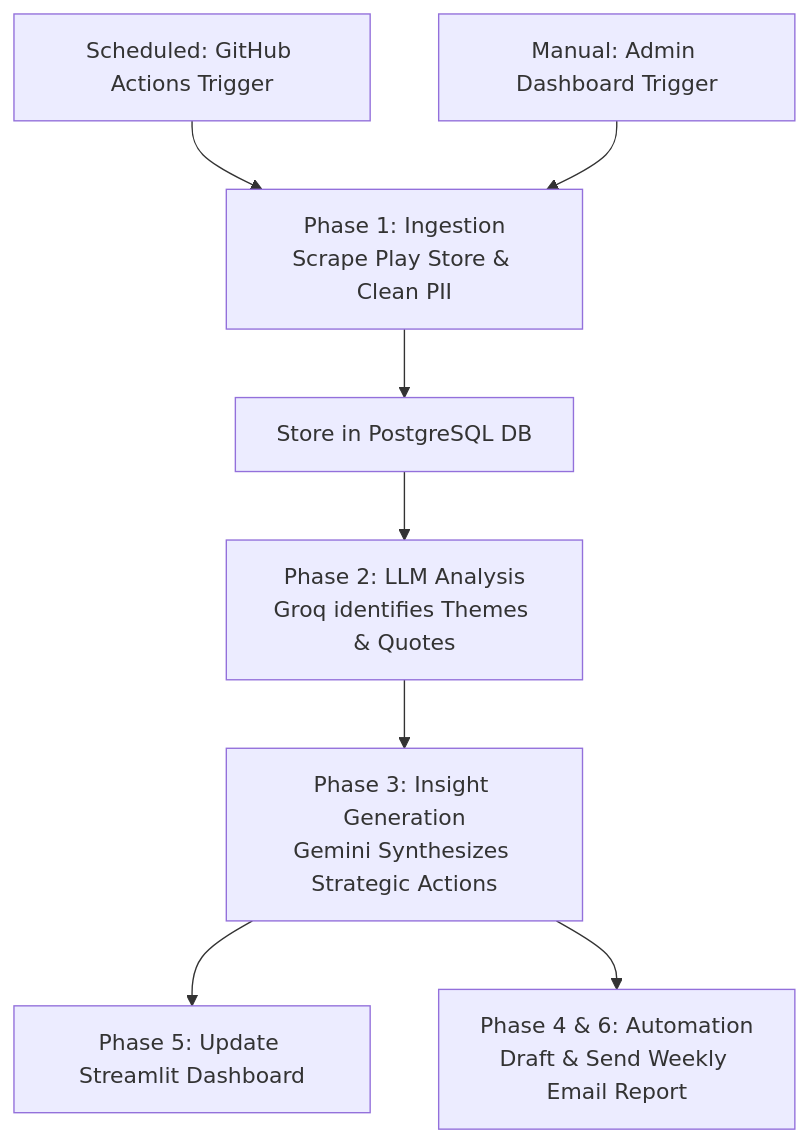
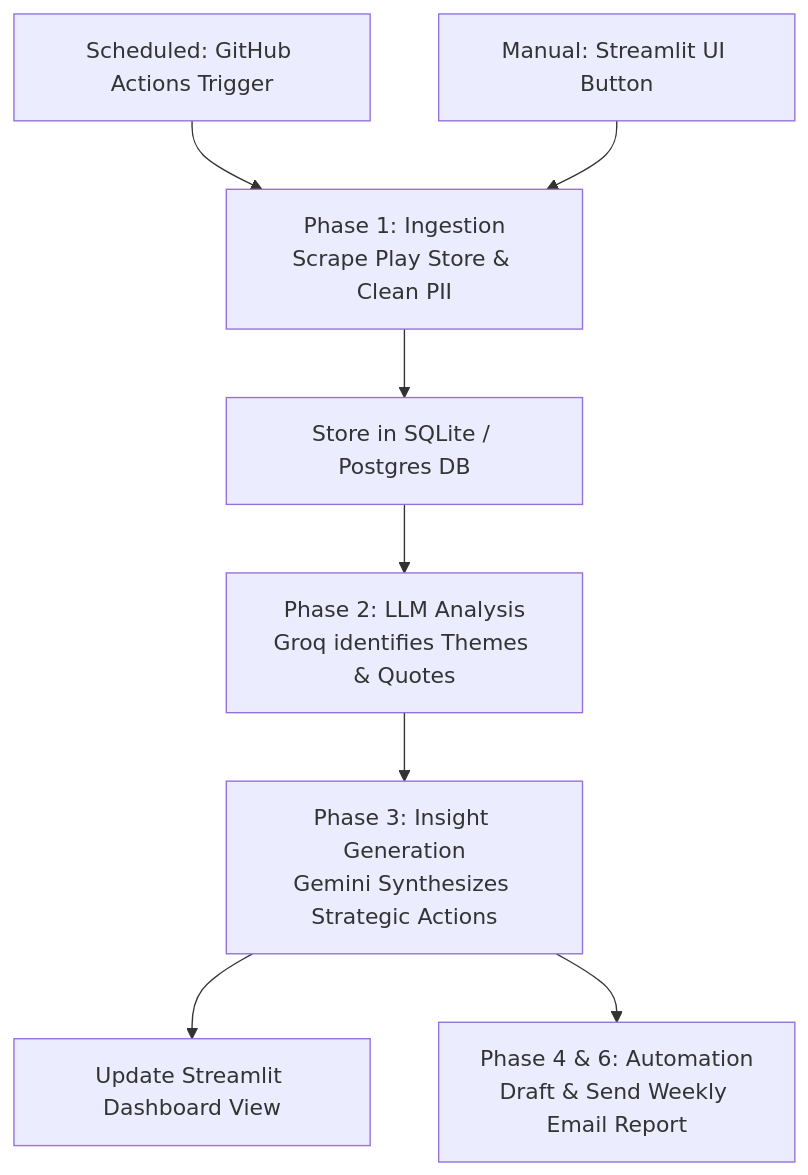
Before and after one commit to codeflex123/Indmoney-review: the diagram in README.md, drawn with Mermaid. The commit also changed other lines of this file and 1 other file, not shown here.

Commit message:
docs: update architecture and readme for streamlit-native deployment

````diff
--- a/README.md
+++ b/README.md
@@ -20,10 +20,10 @@
 ```mermaid
 graph TD
     A1[Scheduled: GitHub Actions Trigger] --> B
-    A2[Manual: Admin Dashboard Trigger] --> B
-    B[Phase 1: Ingestion<br>Scrape Play Store & Clean PII] --> C[Store in PostgreSQL DB]
+    A2[Manual: Streamlit UI Button] --> B
+    B[Phase 1: Ingestion<br>Scrape Play Store & Clean PII] --> C[Store in SQLite / Postgres DB]
     C --> D[Phase 2: LLM Analysis<br>Groq identifies Themes & Quotes]
     D --> E[Phase 3: Insight Generation<br>Gemini Synthesizes Strategic Actions]
-    E --> F[Phase 5: Update Streamlit Dashboard]
+    E --> F[Update Streamlit Dashboard View]
     E --> G[Phase 4 & 6: Automation<br>Draft & Send Weekly Email Report]
 ```
````
